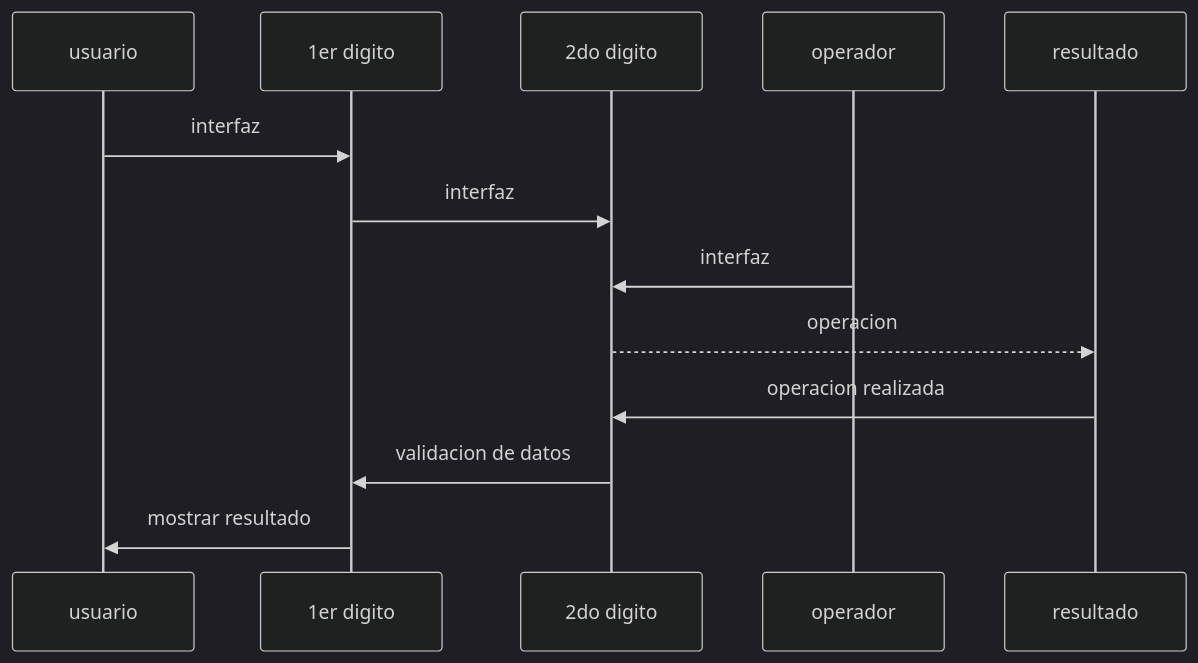
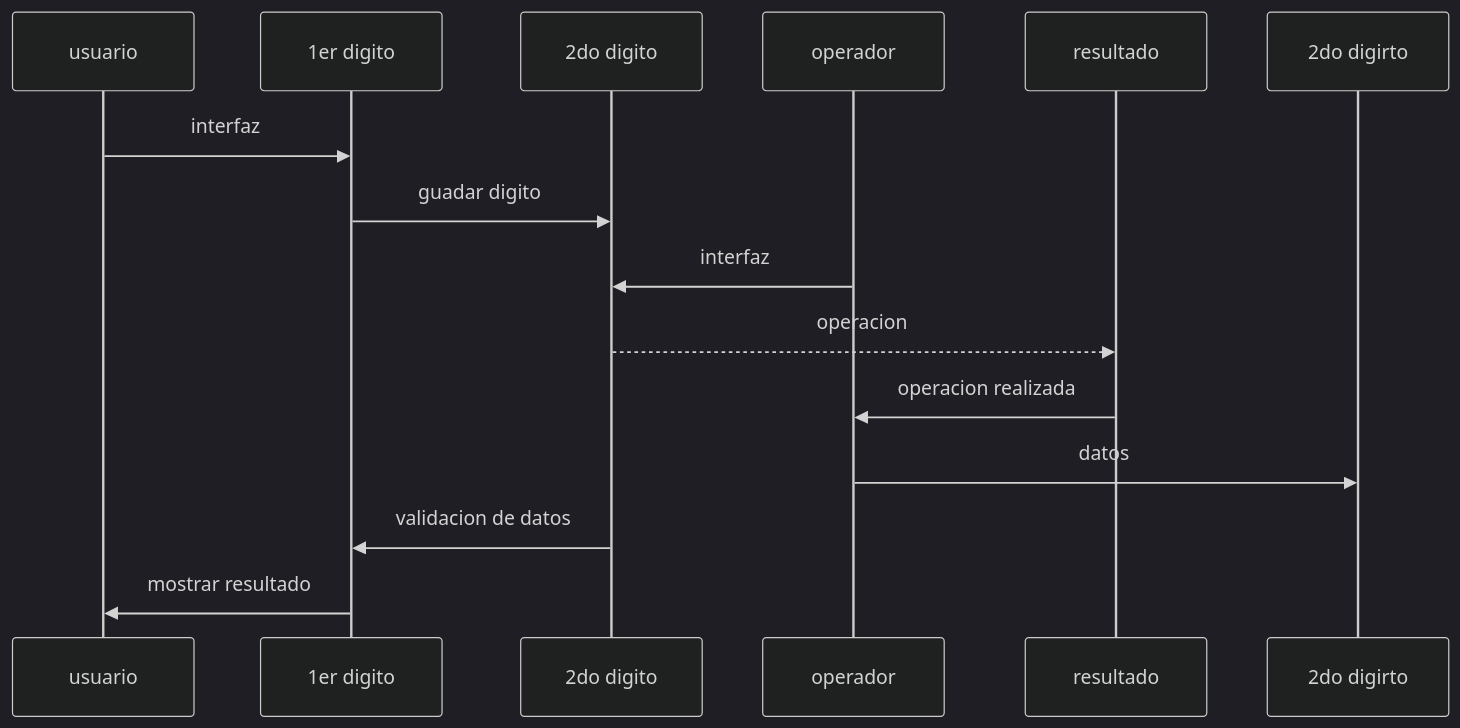
The diagram in README.md (PaolaVPV/diagrama), drawn with Mermaid (dark theme) before and after one commit.

````diff
--- a/README.md
+++ b/README.md
@@ -3,10 +3,11 @@
 ```mermaid
 sequenceDiagram
     usuario->>1er digito: interfaz
-    1er digito->>2do digito: interfaz
+    1er digito->>2do digito: guadar digito
     operador->>2do digito: interfaz
     2do digito-->>resultado: operacion
-    resultado->>2do digito: operacion realizada
+    resultado->>operador: operacion realizada
+    operador->>2do digirto: datos
     2do digito->>1er digito: validacion de datos
     1er digito->>usuario: mostrar resultado 
 ```
````
